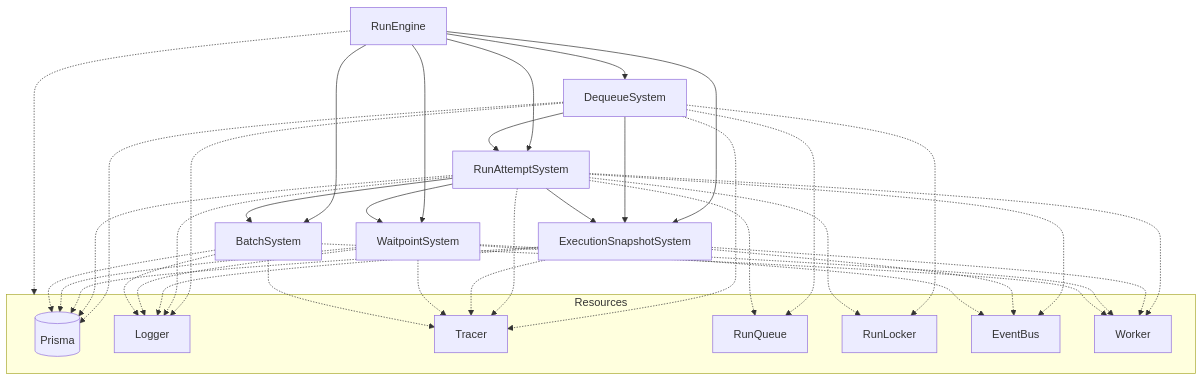
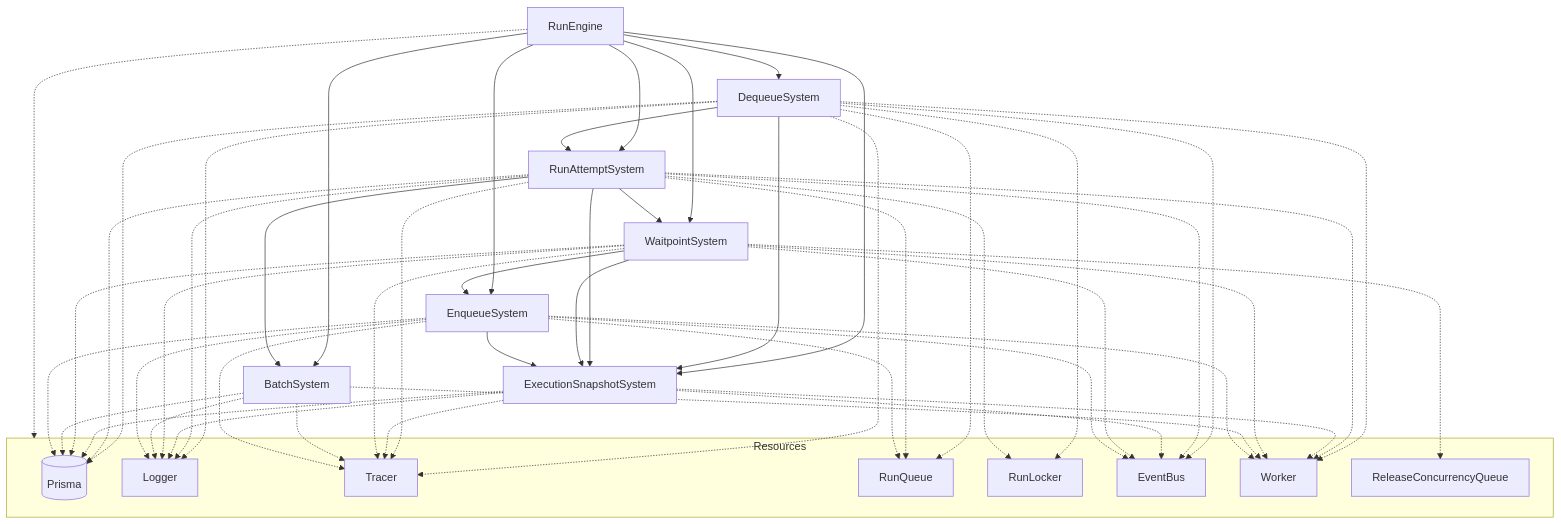
Before and after one commit to triggerdotdev/trigger.dev: the diagram in internal-packages/run-engine/README.md, drawn with Mermaid. The commit also changed other lines of this file and 10 other files, not shown here.

````diff
--- a/internal-packages/run-engine/README.md
+++ b/internal-packages/run-engine/README.md
@@ -206,43 +206,52 @@
 ```mermaid
 graph TD
     RE[RunEngine]
     DS[DequeueSystem]
     RAS[RunAttemptSystem]
     ESS[ExecutionSnapshotSystem]
     WS[WaitpointSystem]
     BS[BatchSystem]
+    ES[EnqueueSystem]
 
     %% Core Dependencies
     RE --> DS
     RE --> RAS
     RE --> ESS
     RE --> WS
     RE --> BS
+    RE --> ES
 
     %% System Dependencies
     DS --> ESS
     DS --> RAS
 
     RAS --> ESS
     RAS --> WS
     RAS --> BS
+
+    WS --> ESS
+    WS --> ES
+
+    ES --> ESS
 
     %% Shared Resources
     subgraph Resources
         PRI[(Prisma)]
         LOG[Logger]
         TRC[Tracer]
         RQ[RunQueue]
         RL[RunLocker]
         EB[EventBus]
         WRK[Worker]
+        RCQ[ReleaseConcurrencyQueue]
     end
 
     %% Resource Dependencies
     RE -.-> Resources
-    DS -.-> PRI & LOG & TRC & RQ & RL
+    DS -.-> PRI & LOG & TRC & RQ & RL & EB & WRK
     RAS -.-> PRI & LOG & TRC & RL & EB & RQ & WRK
     ESS -.-> PRI & LOG & TRC & WRK & EB
-    WS -.-> PRI & LOG & TRC & WRK & EB
+    WS -.-> PRI & LOG & TRC & WRK & EB & RCQ
     BS -.-> PRI & LOG & TRC & WRK
+    ES -.-> PRI & LOG & TRC & WRK & EB & RQ
 ```
````
